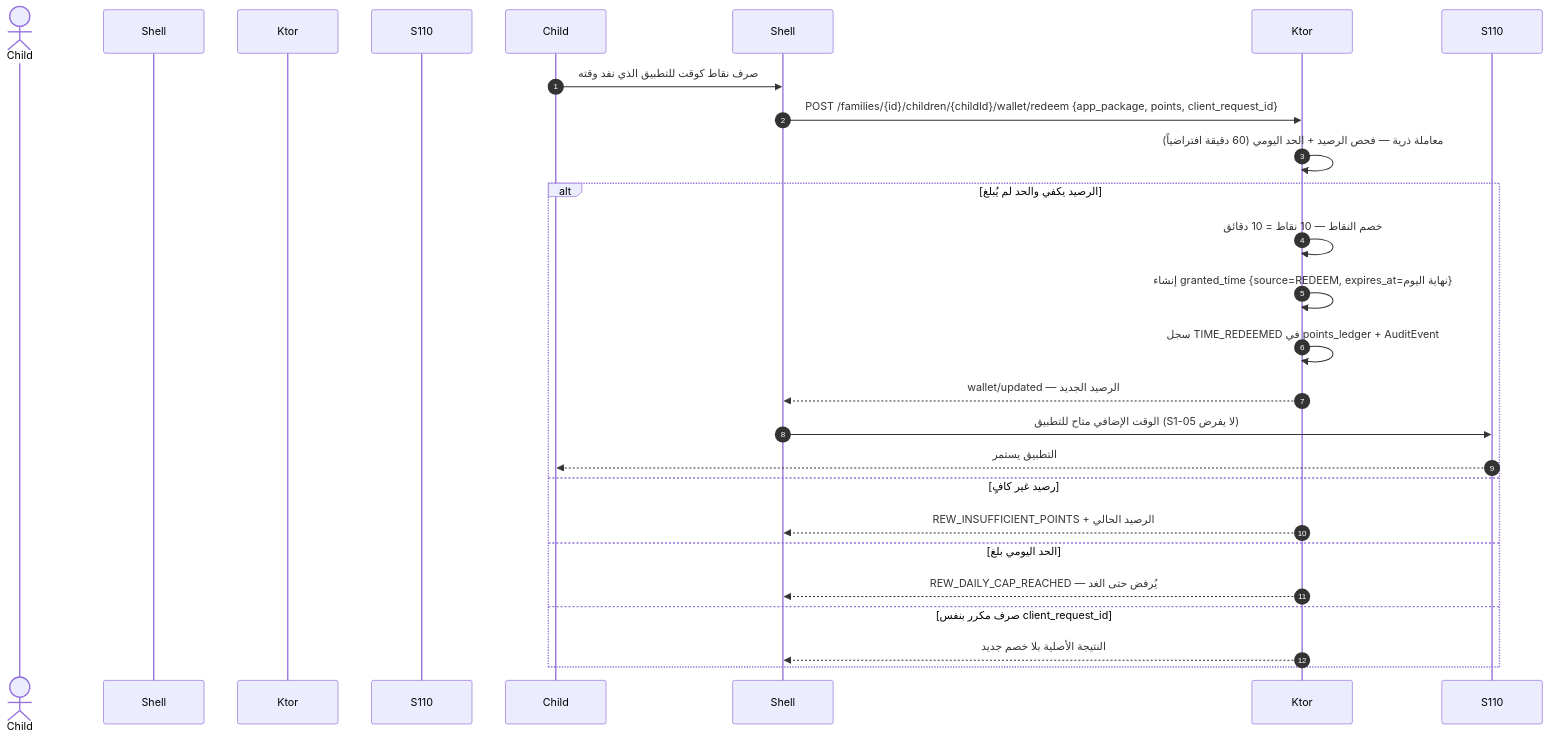
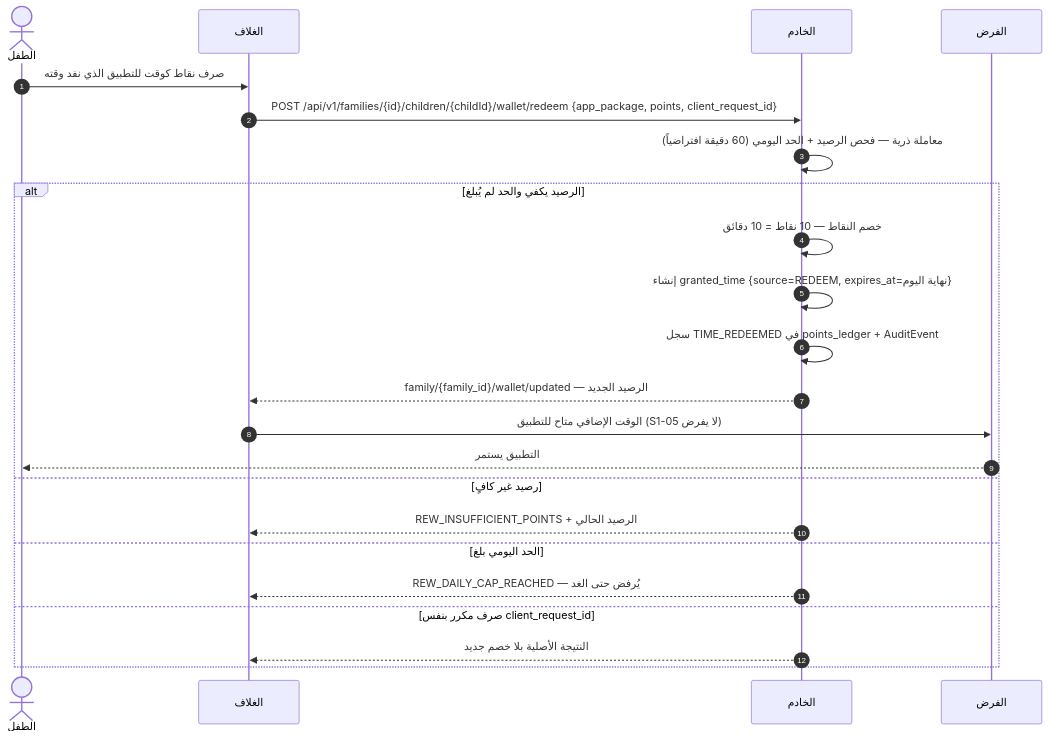
One commit to Bassam-mohammed-alqaeadi/family-os-v2 changed the fourth of 12 diagrams in docs/family-os/governance/phases/phase-1/S1-05-rewards-children/DIAGRAMS.md. Above: the diagram before and after it, drawn with Mermaid. The commit also changed other lines of this file and 10 other files, not shown here.

Commit message:
إغلاق المراجعة الشاملة R1–R5 (Q-196…Q-231) — المخططات DIAGRAMS + خريطة السياق (2/4)

````diff
--- a/docs/family-os/governance/phases/phase-1/S1-05-rewards-children/DIAGRAMS.md
+++ b/docs/family-os/governance/phases/phase-1/S1-05-rewards-children/DIAGRAMS.md
@@ -214,25 +238,25 @@
 ```mermaid
 sequenceDiagram
     autonumber
-    actor الطفل as Child
-    participant الغلاف as Shell
-    participant الخادم as Ktor
-    participant الفرض as S110
+    actor Child as الطفل
+    participant Shell as الغلاف
+    participant Ktor as الخادم
+    participant S110 as الفرض
     Child->>Shell: صرف نقاط كوقت للتطبيق الذي نفد وقته
-    Shell->>Ktor: POST /families/{id}/children/{childId}/wallet/redeem {app_package, points, client_request_id}
+    Shell->>Ktor: POST /api/v1/families/{id}/children/{childId}/wallet/redeem {app_package, points, client_request_id}
     Ktor->>Ktor: معاملة ذرية — فحص الرصيد + الحد اليومي (60 دقيقة افتراضياً)
     alt الرصيد يكفي والحد لم يُبلغ
         Ktor->>Ktor: خصم النقاط — 10 نقاط = 10 دقائق
         Ktor->>Ktor: إنشاء granted_time {source=REDEEM, expires_at=نهاية اليوم}
         Ktor->>Ktor: سجل TIME_REDEEMED في points_ledger + AuditEvent
-        Ktor-->>Shell: wallet/updated — الرصيد الجديد
+        Ktor-->>Shell: family/{family_id}/wallet/updated — الرصيد الجديد
         Shell->>S110: الوقت الإضافي متاح للتطبيق (S1-05 لا يفرض)
         S110-->>Child: التطبيق يستمر
     else رصيد غير كافٍ
         Ktor-->>Shell: REW_INSUFFICIENT_POINTS + الرصيد الحالي
     else الحد اليومي بلغ
         Ktor-->>Shell: REW_DAILY_CAP_REACHED — يُرفض حتى الغد
     else صرف مكرر بنفس client_request_id
         Ktor-->>Shell: النتيجة الأصلية بلا خصم جديد
     end
 ```
````
